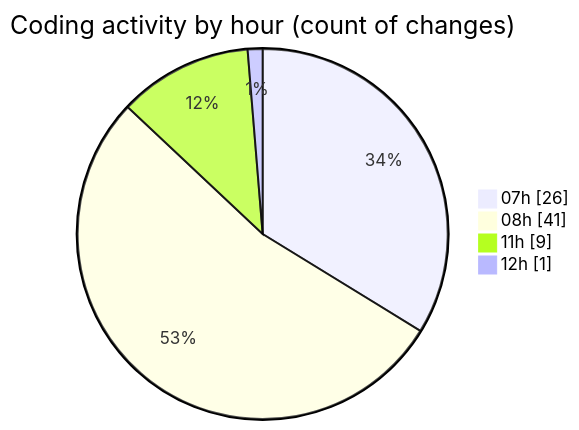
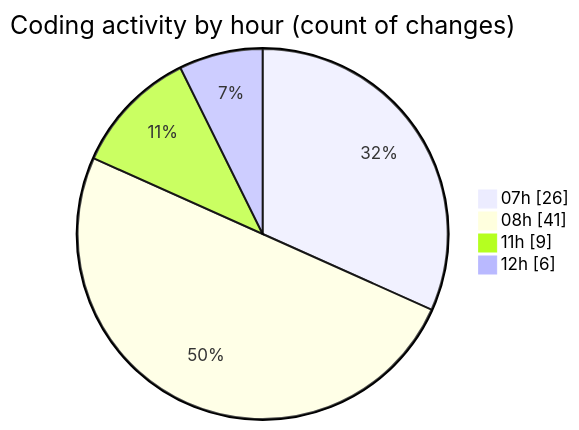
Before and after one commit to vahidmafi/code-tracking: the second of 2 diagrams in 2025-10-04/shop/README.md, drawn with Mermaid. The commit also changed other lines of this file and 1 other file, not shown here.

````diff
--- a/2025-10-04/shop/README.md
+++ b/2025-10-04/shop/README.md
@@ -50,8 +50,8 @@
 ```mermaid
 pie showData
 title Coding activity by hour (count of changes)
 "07h" : 26
 "08h" : 41
 "11h" : 9
-"12h" : 1
+"12h" : 6
 ```
````
